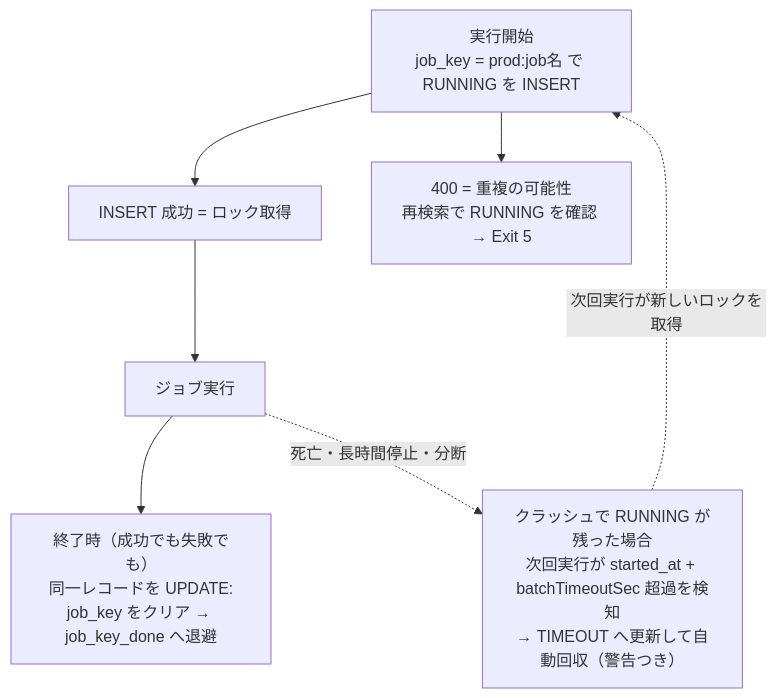
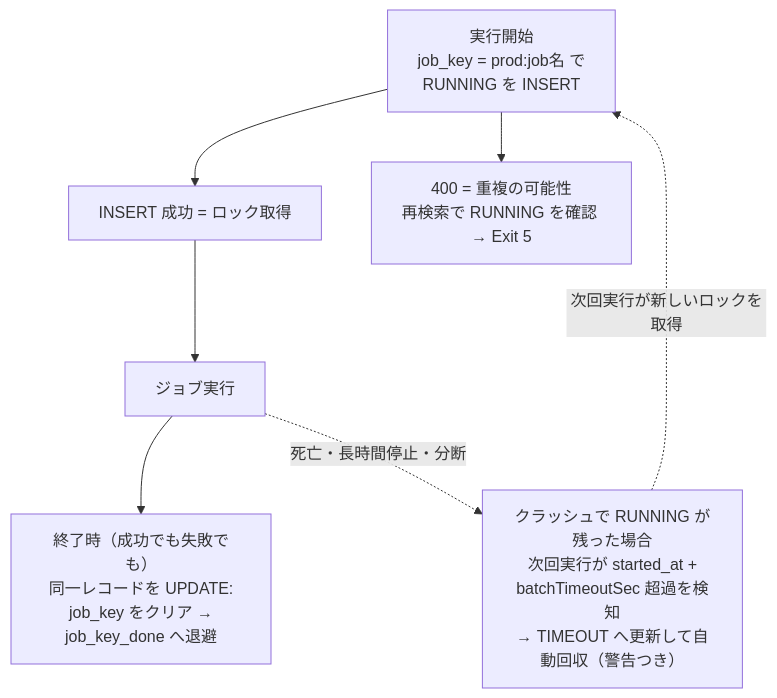
Before and after one commit to rex0220/ksql-flow: the diagram in docs/internal/qiita_draft_11_distributed_lock.md, drawn with Mermaid.

Commit message:
docs: #11 mermaid のノード内長行に改行を追加（Qiita で文字が切れるため）

````diff
--- a/docs/internal/qiita_draft_11_distributed_lock.md
+++ b/docs/internal/qiita_draft_11_distributed_lock.md
@@ -79,14 +79,14 @@
 ```mermaid
 flowchart TB
-    ACQ["実行開始<br>job_key = prod:job名 で RUNNING を INSERT"]
+    ACQ["実行開始<br>job_key = prod:job名 で<br>RUNNING を INSERT"]
     OK["INSERT 成功 = ロック取得"]
     NG["400 = 重複の可能性<br>再検索で RUNNING を確認 → Exit 5"]
     RUN["ジョブ実行"]
-    REL["終了時（成功でも失敗でも）<br>同一レコードを UPDATE:<br>job_key をクリア → job_key_done へ退避"]
-    STALE["クラッシュで RUNNING が残った場合<br>次回実行が started_at + batchTimeoutSec 超過を検知<br>→ TIMEOUT へ更新して自動回収（警告つき）"]
+    REL["終了時（成功でも失敗でも）<br>同一レコードを UPDATE:<br>job_key をクリア →<br>job_key_done へ退避"]
+    STALE["クラッシュで RUNNING が残った場合<br>次回実行が started_at +<br>batchTimeoutSec 超過を検知<br>→ TIMEOUT へ更新して自動回収（警告つき）"]
 
     ACQ --> OK --> RUN --> REL
     ACQ --> NG
     RUN -.->|"死亡・長時間停止・分断"| STALE
     STALE -.->|"次回実行が新しいロックを取得"| ACQ
 ```
````
